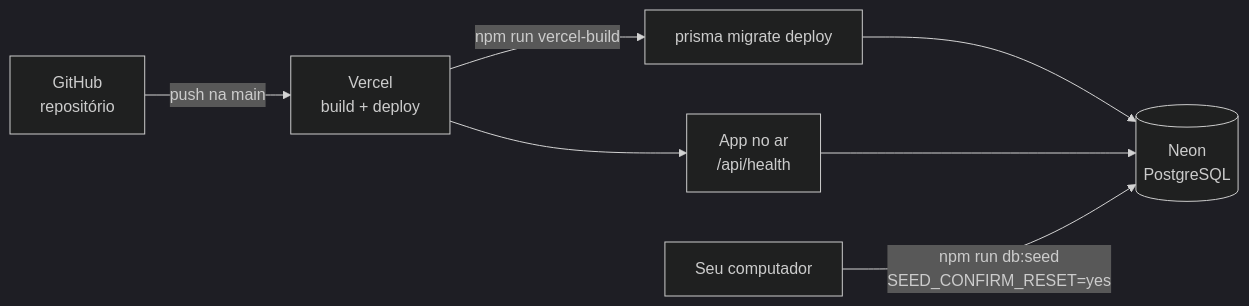
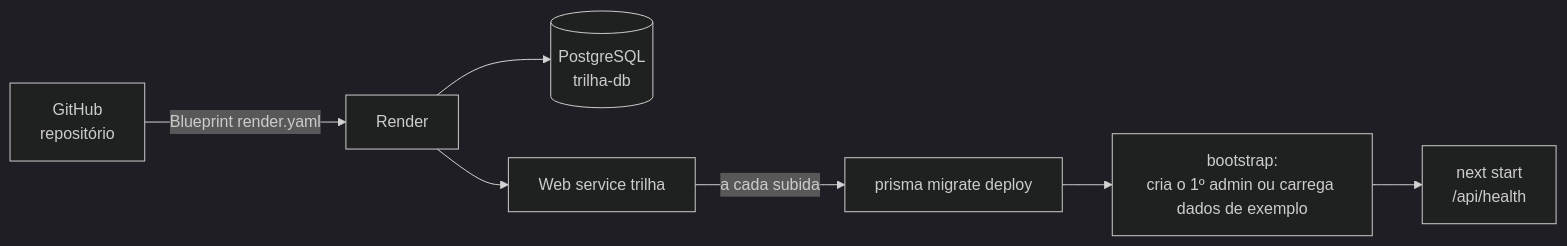
One commit to Joaogabrielmaia/Customer-onboarding-platform changed the diagram in docs/06-deploy-e-go-live/deploy.md. Above: the diagram before and after it, drawn with Mermaid (dark theme). The commit also changed other lines of this file and 24 other files, not shown here.

First line of the commit message:
chore(deploy): prepara o deploy na Render com Blueprint, bootstrap do primeiro admin e guia

````diff
--- a/docs/06-deploy-e-go-live/deploy.md
+++ b/docs/06-deploy-e-go-live/deploy.md
@@ -7,9 +7,9 @@
 ```mermaid
 flowchart LR
-    GH[GitHub<br/>repositório] -->|push na main| V[Vercel<br/>build + deploy]
-    V -->|npm run vercel-build| M[prisma migrate deploy]
-    M --> N[(Neon<br/>PostgreSQL)]
-    V --> APP[App no ar<br/>/api/health]
-    APP --> N
-    DEV[Seu computador] -->|npm run db:seed<br/>SEED_CONFIRM_RESET=yes| N
+    GH[GitHub<br/>repositório] -->|Blueprint render.yaml| R[Render]
+    R --> DB[(PostgreSQL<br/>trilha-db)]
+    R --> W[Web service trilha]
+    W -->|a cada subida| M[prisma migrate deploy]
+    M --> B[bootstrap:<br/>cria o 1º admin ou carrega dados de exemplo]
+    B --> A[next start<br/>/api/health]
 ```
````
